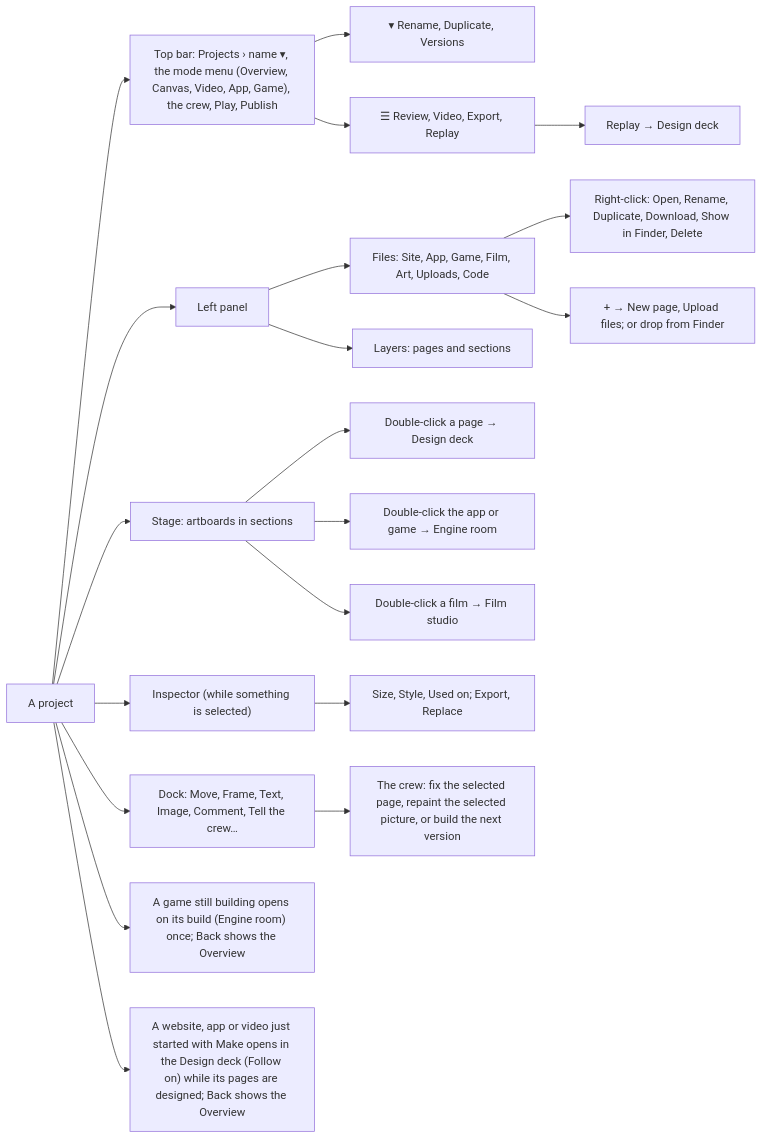
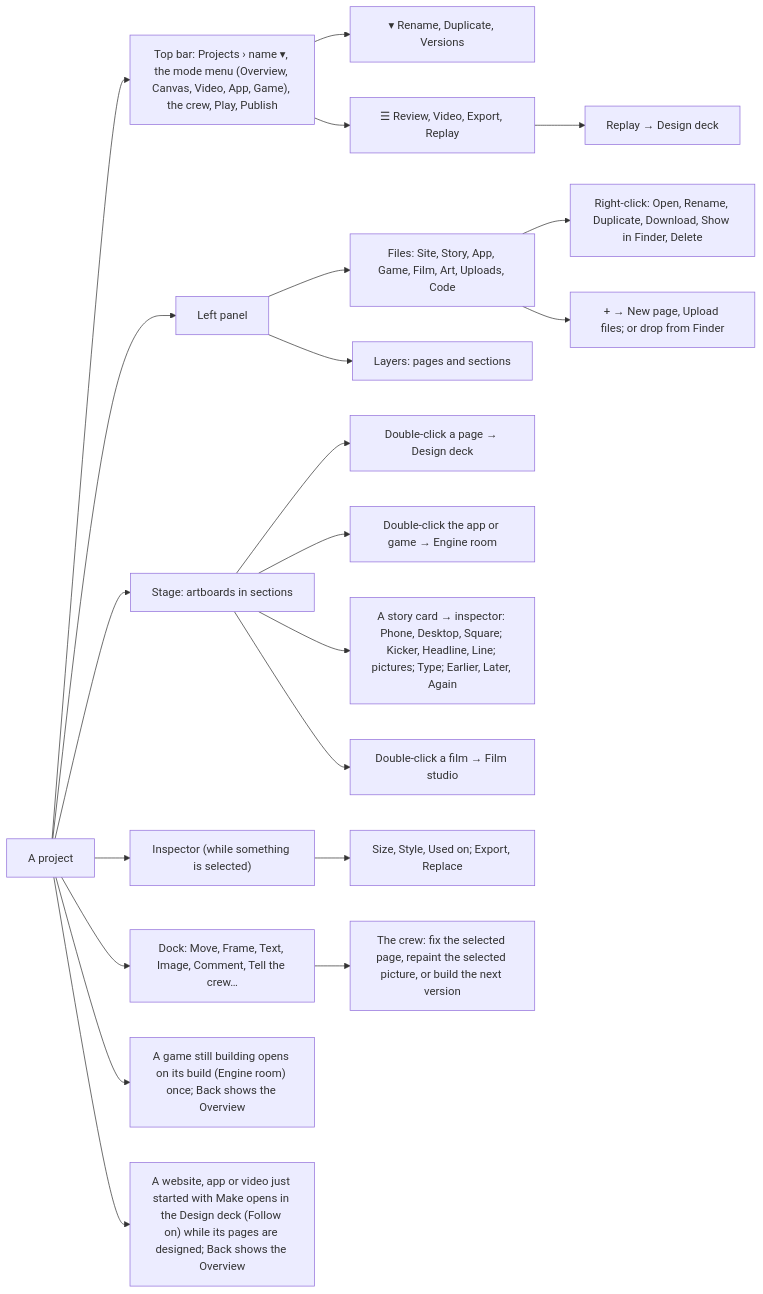
One commit to Pukujan/swarm-studio changed the tenth of 27 diagrams in docs/ux/SITEMAP.md. Above: the diagram before and after it, drawn with Mermaid. The commit also changed 11 other files, not shown here.

````diff
--- a/docs/ux/SITEMAP.md
+++ b/docs/ux/SITEMAP.md
@@ -300,22 +300,23 @@
 ```mermaid
 flowchart LR
   PJ["A project"] --> TOP["Top bar: Projects › name ▾, the mode menu (Overview, Canvas, Video, App, Game), the crew, Play, Publish"]
   PJ --> LEFT["Left panel"]
   PJ --> STG["Stage: artboards in sections"]
   PJ --> INS["Inspector (while something is selected)"]
   PJ --> DOCK["Dock: Move, Frame, Text, Image, Comment, Tell the crew…"]
   TOP --> VER["▾ Rename, Duplicate, Versions"]
   TOP --> MORE["☰ Review, Video, Export, Replay"]
   MORE --> RPD["Replay → Design deck"]
-  LEFT --> FIL["Files: Site, App, Game, Film, Art, Uploads, Code"]
+  LEFT --> FIL["Files: Site, Story, App, Game, Film, Art, Uploads, Code"]
   LEFT --> LAY["Layers: pages and sections"]
   FIL --> FM["Right-click: Open, Rename, Duplicate, Download, Show in Finder, Delete"]
   FIL --> UP["+ → New page, Upload files; or drop from Finder"]
   STG --> DD["Double-click a page → Design deck"]
   STG --> ER["Double-click the app or game → Engine room"]
+  STG --> STY["A story card → inspector: Phone, Desktop, Square; Kicker, Headline, Line; pictures; Type; Earlier, Later, Again"]
   PJ --> GB["A game still building opens on its build (Engine room) once; Back shows the Overview"]
   PJ --> WB["A website, app or video just started with Make opens in the Design deck (Follow on) while its pages are designed; Back shows the Overview"]
   STG --> FS["Double-click a film → Film studio"]
   INS --> EXP["Size, Style, Used on; Export, Replace"]
   DOCK --> CREW["The crew: fix the selected page, repaint the selected picture, or build the next version"]
 ```
````
